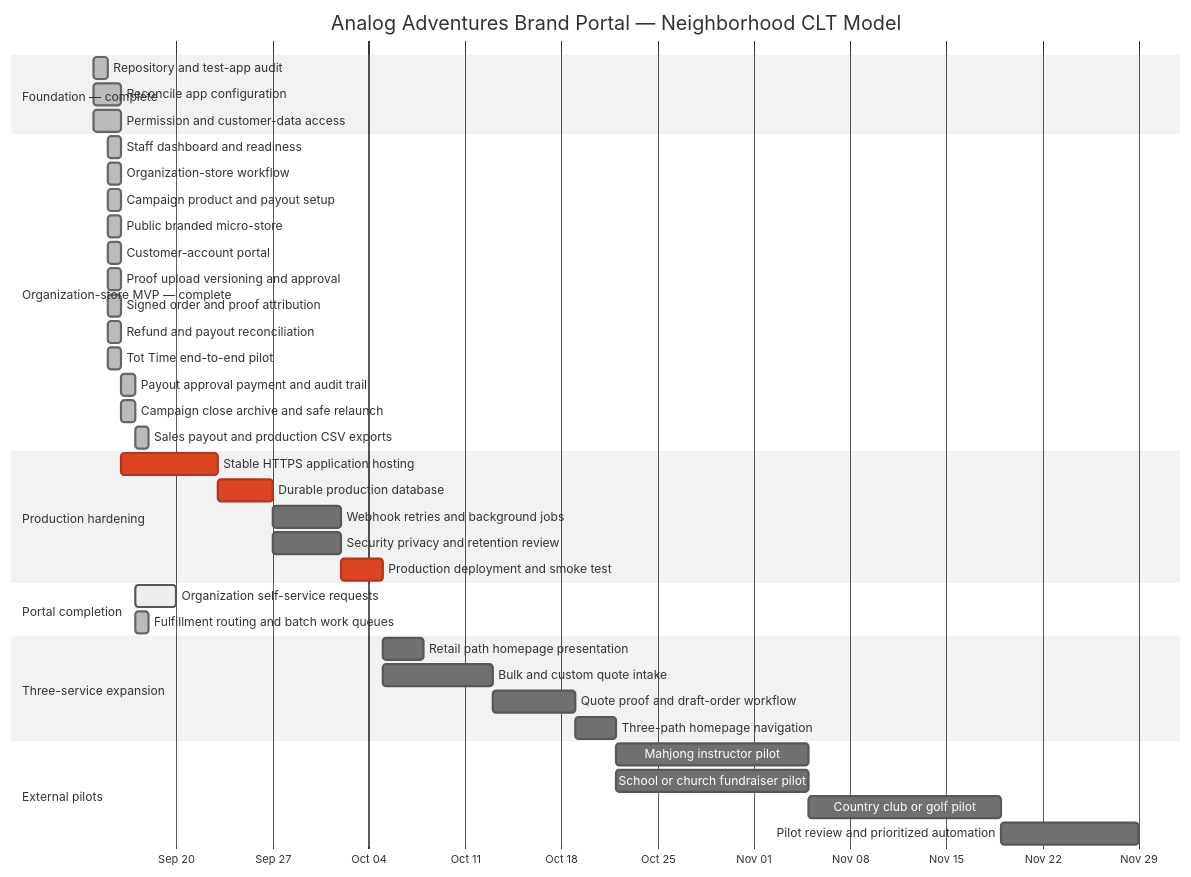
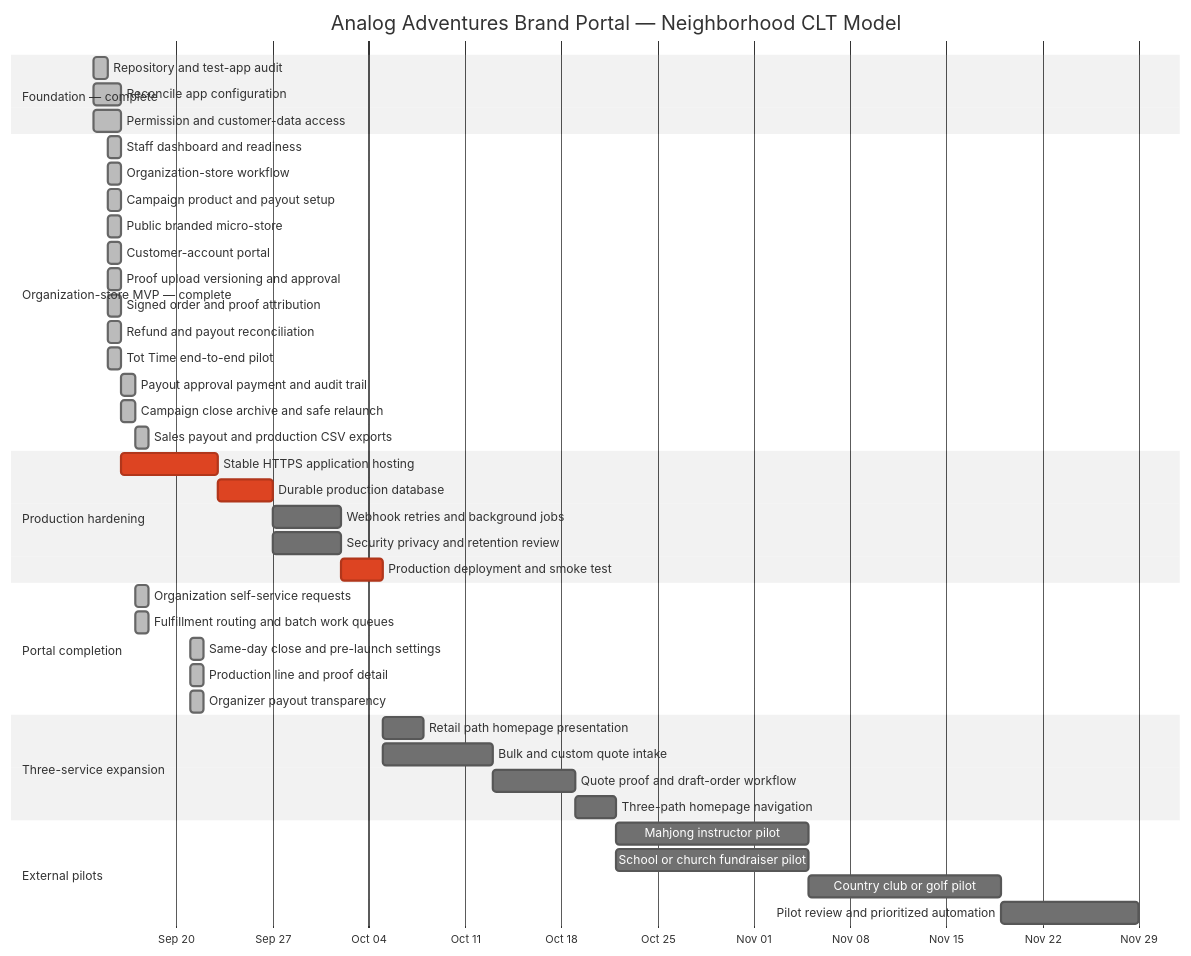
The diagram in docs/brand-portal-roadmap.md (ANALOGGIT-624/analog-adventures-adv-brand-portal), drawn with Mermaid (neutral theme) before and after one commit. The commit also changed other lines of this file and 11 other files, not shown here.

````diff
--- a/docs/brand-portal-roadmap.md
+++ b/docs/brand-portal-roadmap.md
@@ -13,48 +13,51 @@
 ```mermaid
 gantt
     title Analog Adventures Brand Portal — Neighborhood CLT Model
     dateFormat  YYYY-MM-DD
     axisFormat  %b %d
 
     section Foundation — complete
     Repository and test-app audit             :done, audit, 2026-09-14, 1d
     Reconcile app configuration               :done, config, 2026-09-14, 2d
     Permission and customer-data access        :done, auth, 2026-09-14, 2d
 
     section Organization-store MVP — complete
     Staff dashboard and readiness              :done, dashboard, 2026-09-15, 1d
     Organization-store workflow                :done, orgs, 2026-09-15, 1d
     Campaign product and payout setup           :done, campaigns, 2026-09-15, 1d
     Public branded micro-store                  :done, storefront, 2026-09-15, 1d
     Customer-account portal                     :done, customer, 2026-09-15, 1d
     Proof upload versioning and approval        :done, proofs, 2026-09-15, 1d
     Signed order and proof attribution          :done, orders, 2026-09-15, 1d
     Refund and payout reconciliation            :done, payouts, 2026-09-15, 1d
     Tot Time end-to-end pilot                   :done, e2e, 2026-09-15, 1d
     Payout approval payment and audit trail      :done, payment, 2026-09-16, 1d
     Campaign close archive and safe relaunch     :done, lifecycle, 2026-09-16, 1d
     Sales payout and production CSV exports       :done, reports, 2026-09-17, 1d
 
     section Production hardening
     Stable HTTPS application hosting            :crit, hosting, 2026-09-16, 7d
     Durable production database                 :crit, database, after hosting, 4d
     Webhook retries and background jobs          :reliability, after database, 5d
     Security privacy and retention review        :security, after database, 5d
     Production deployment and smoke test         :crit, deploy, after reliability, 3d
 
     section Portal completion
-    Organization self-service requests           :active, selfservice, 2026-09-17, 3d
+    Organization self-service requests           :done, selfservice, 2026-09-17, 1d
     Fulfillment routing and batch work queues     :done, fulfillment, 2026-09-17, 1d
+    Same-day close and pre-launch settings        :done, settings, 2026-09-21, 1d
+    Production line and proof detail              :done, batchdetail, 2026-09-21, 1d
+    Organizer payout transparency                 :done, payoutdetail, 2026-09-21, 1d
 
     section Three-service expansion
     Retail path homepage presentation            :retail, after deploy, 3d
     Bulk and custom quote intake                  :quotes, after deploy, 8d
     Quote proof and draft-order workflow          :draftorders, after quotes, 6d
     Three-path homepage navigation                :threepaths, after draftorders, 3d
 
     section External pilots
     Mahjong instructor pilot                     :pilot1, after threepaths, 14d
     School or church fundraiser pilot             :pilot2, after threepaths, 14d
     Country club or golf pilot                    :pilot3, after pilot1, 14d
     Pilot review and prioritized automation       :review, after pilot3, 10d
 ```
````
